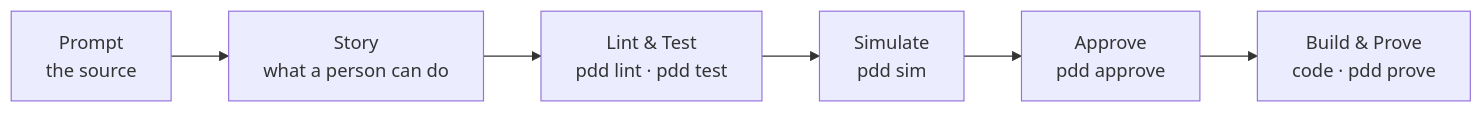
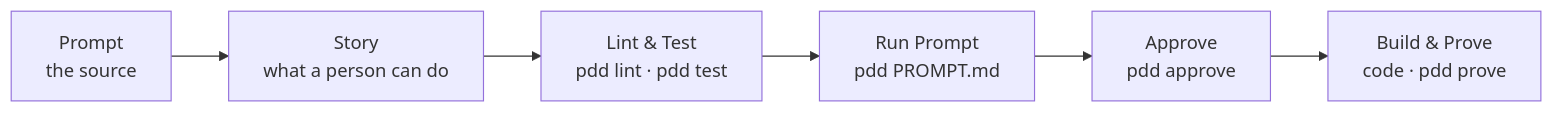
Before and after one commit to promptdriven/pdd: the diagram in README.md, drawn with Mermaid. The commit also changed other lines of this file and 26 other files, not shown here.

````diff
--- a/README.md
+++ b/README.md
@@ -7,8 +7,8 @@
 ```mermaid
 flowchart LR
   P["Prompt<br/>the source"] --> S["Story<br/>what a person can do"]
   S --> L["Lint & Test<br/>pdd lint · pdd test"]
-  L --> T["Simulate<br/>pdd sim"]
+  L --> T["Run Prompt<br/>pdd PROMPT.md"]
   T --> A["Approve<br/>pdd approve"]
   A --> K["Build & Prove<br/>code · pdd prove"]
 ```
````
